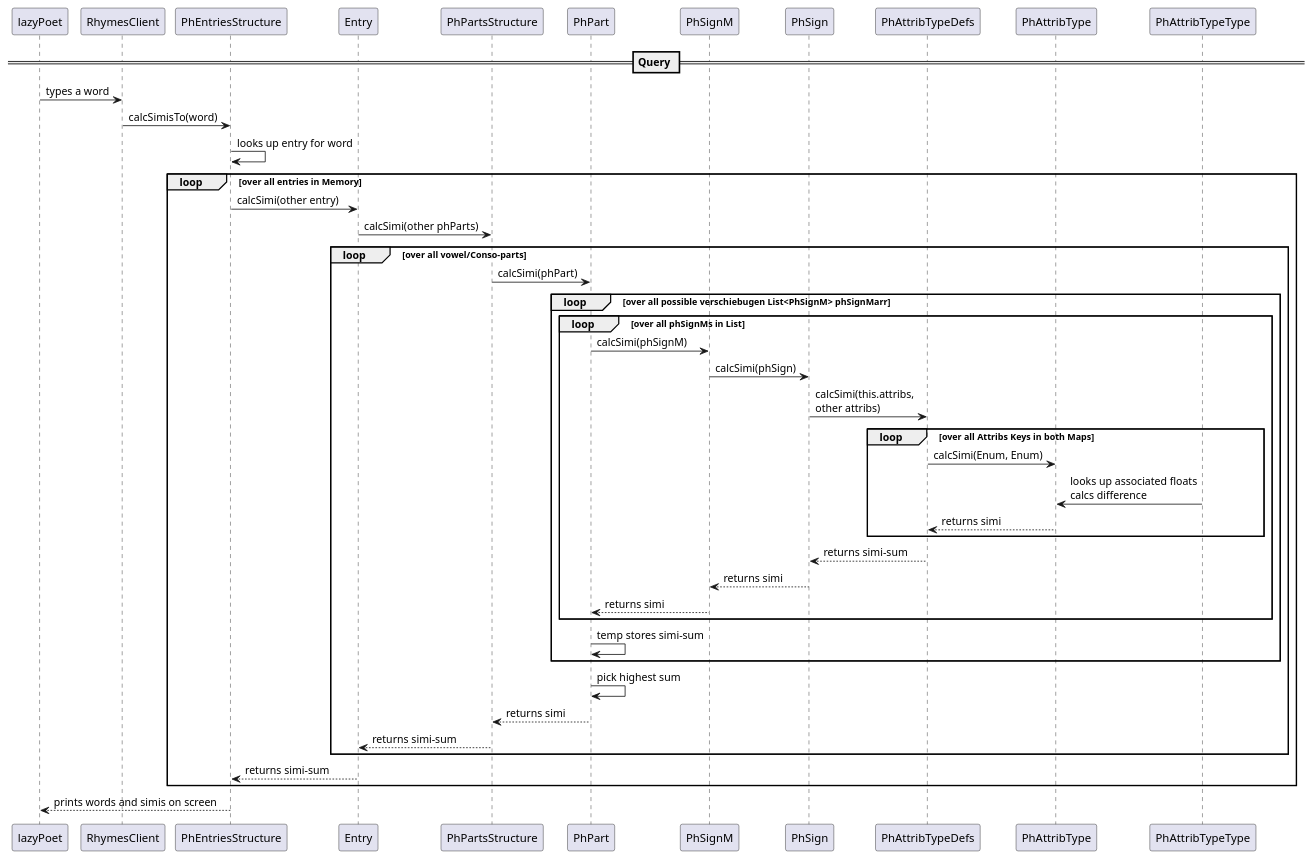
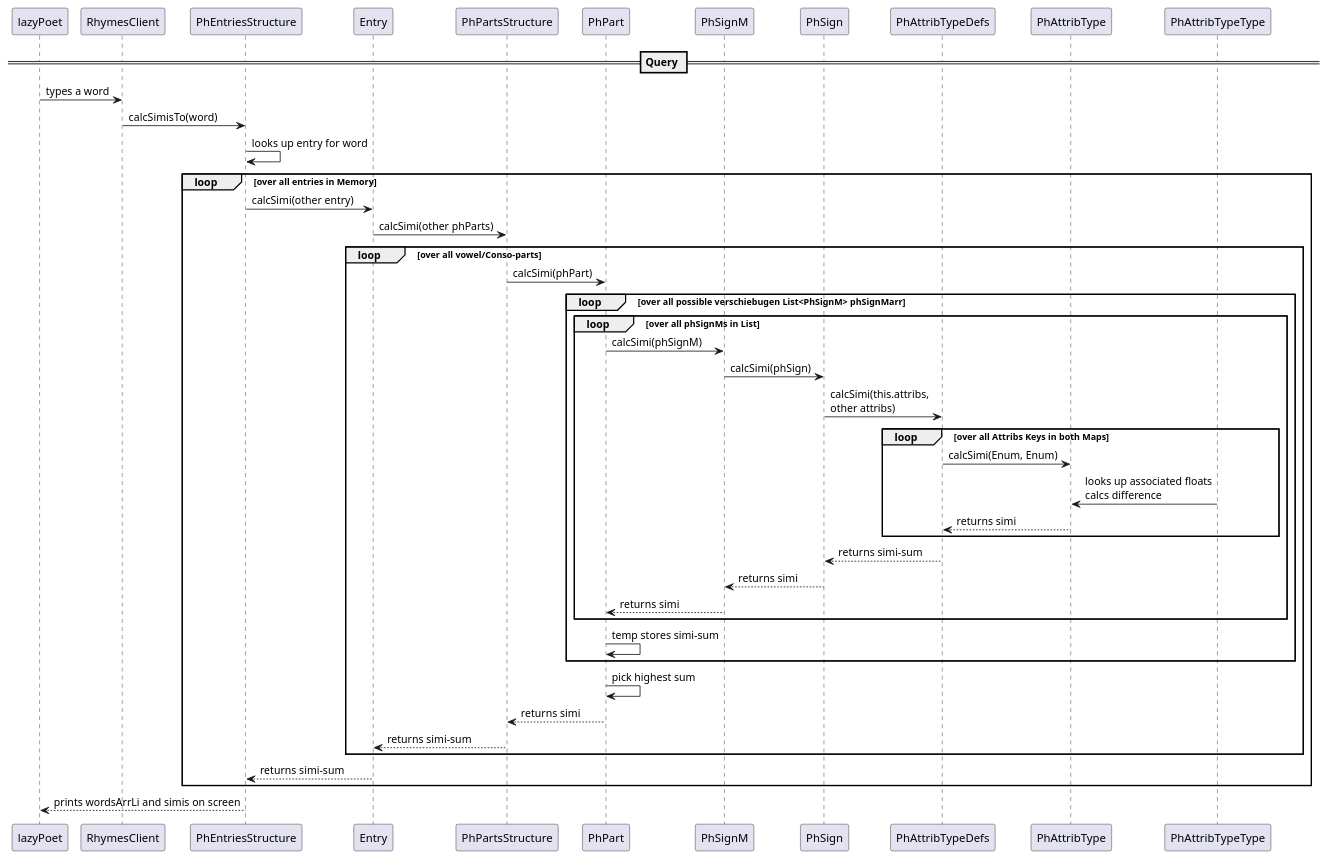
The diagram in RhymeQuerySequence.puml (FabriceVanner/RhymesClient), drawn with PlantUML before and after one commit. The commit also changed 21 other files, not shown here.

```diff
--- a/RhymeQuerySequence.puml
+++ b/RhymeQuerySequence.puml
@@ -2,42 +2,42 @@
 @startuml
 == Query ==
     lazyPoet -> RhymesClient: types a word
     RhymesClient ->PhEntriesStructure: calcSimisTo(word)
    PhEntriesStructure ->PhEntriesStructure: looks up entry for word
     'EntriesStructure ->PhEntriesStructure: new map<Float, Entry>()'
     Loop over all entries in Memory
        PhEntriesStructure -> Entry: calcSimi(other entry)
         Entry -> PhPartsStructure: calcSimi(other phParts)
         'PhPartsStructure-> PhPartsStructure: calcSimi(other vowelParts)\ncalcSimi(other ConsoParts)'
         Loop over all vowel/Conso-parts
             PhPartsStructure -> PhPart: calcSimi(phPart)
             Loop over all possible verschiebugen List<PhSignM> phSignMarr
                 Loop over all phSignMs in List
                     PhPart->PhSignM:calcSimi(phSignM)
                     PhSignM -> PhSign: calcSimi(phSign)
                     PhSign -> PhAttribTypeDefs: calcSimi(this.attribs,\nother attribs)
                     Loop over all Attribs Keys in both Maps
                         PhAttribTypeDefs -> PhAttribType: calcSimi(Enum, Enum)
                         PhAttribTypeType-> PhAttribType: looks up associated floats\ncalcs difference
                         PhAttribTypeDefs <-- PhAttribType: returns simi
                         'PhAttribTypeDefs --> PhAttribTypeDefs: sums up'
                     end
                     PhSign <-- PhAttribTypeDefs: returns simi-sum
                     PhSignM <--PhSign: returns simi
                     PhPart <--PhSignM: returns simi
                     'PhPart -> PhPart: sums up'
                 end
                 PhPart-> PhPart: temp stores simi-sum
             end
             PhPart -> PhPart: pick highest sum
             PhPartsStructure <-- PhPart: returns simi
             'PhPartsStructure -> PhPartsStructure: sum'
             Entry <-- PhPartsStructure: returns simi-sum
         end
        PhEntriesStructure <-- Entry: returns simi-sum
         'EntriesStructure ->EntriesStructure: stores entry and simi'
     end
        'EntriesStructure ->PhEntriesStructure: toString'
-      PhEntriesStructure--> lazyPoet: prints words and simis on screen
+      PhEntriesStructure--> lazyPoet: prints wordsArrLi and simis on screen
 
 @enduml
```
